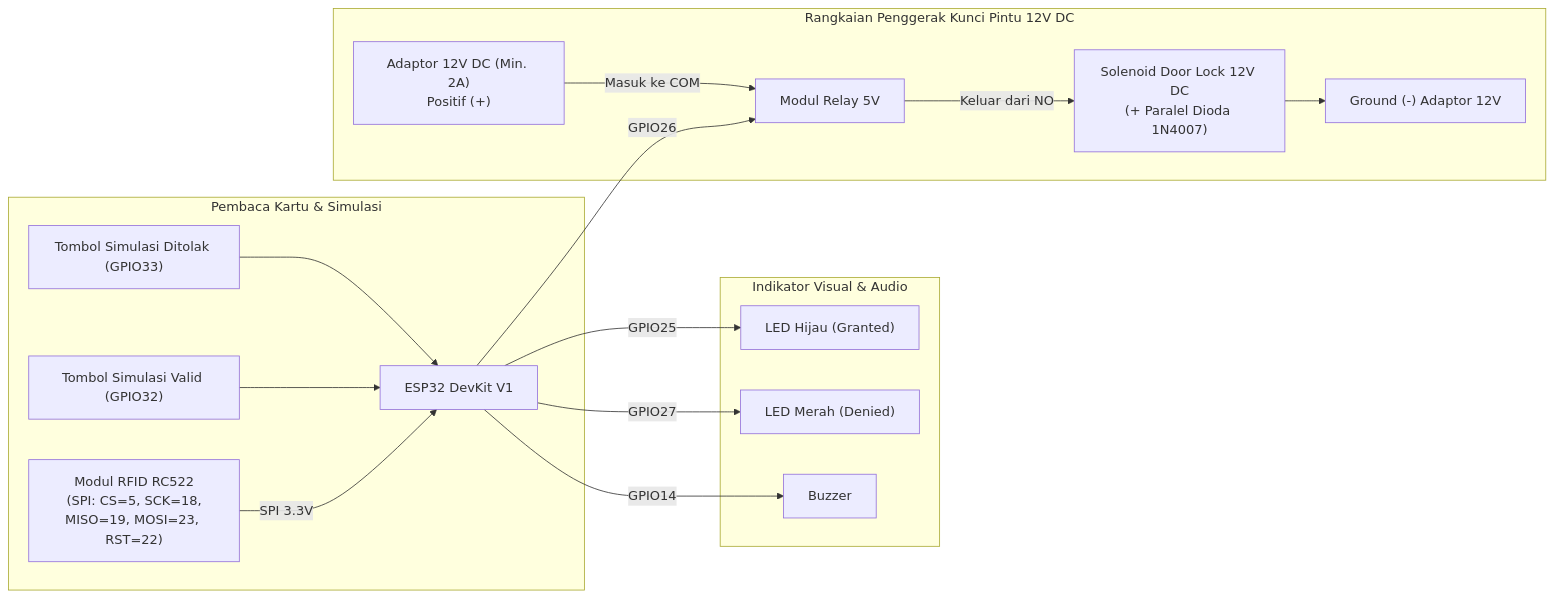
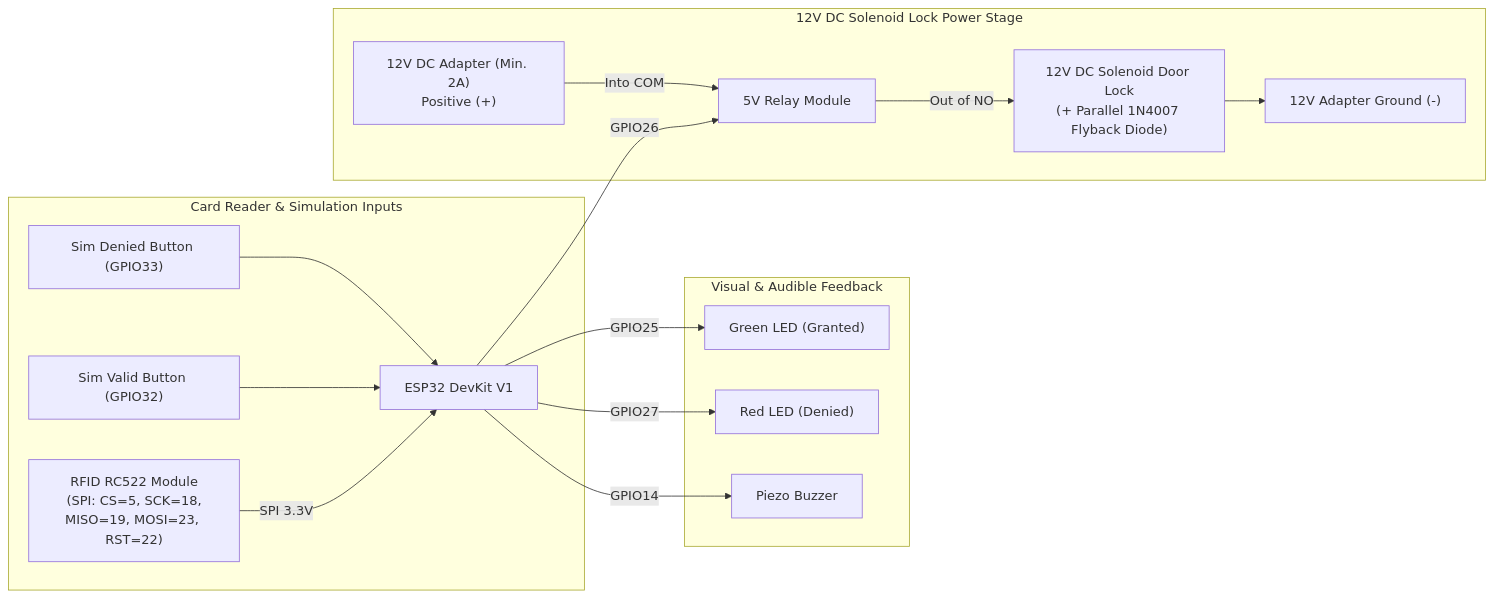
The diagram in 06-rfid-smart-door-lock/schematics/wiring-guide.md (kenzojulian111/microcontroller-iot-journey), drawn with Mermaid before and after one commit. The commit also changed other lines of this file and 150 other files, not shown here.

````diff
--- a/06-rfid-smart-door-lock/schematics/wiring-guide.md
+++ b/06-rfid-smart-door-lock/schematics/wiring-guide.md
@@ -32,21 +32,21 @@
 ```mermaid
 flowchart LR
-    subgraph Input["Pembaca Kartu & Simulasi"]
-        RC522["Modul RFID RC522\n(SPI: CS=5, SCK=18,\nMISO=19, MOSI=23, RST=22)"] -->|SPI 3.3V| ESP["ESP32 DevKit V1"]
-        BTN_OK["Tombol Simulasi Valid (GPIO32)"] --> ESP
-        BTN_NO["Tombol Simulasi Ditolak (GPIO33)"] --> ESP
+    subgraph Input["Card Reader & Simulation Inputs"]
+        RC522["RFID RC522 Module\n(SPI: CS=5, SCK=18,\nMISO=19, MOSI=23, RST=22)"] -->|SPI 3.3V| ESP["ESP32 DevKit V1"]
+        BTN_OK["Sim Valid Button (GPIO32)"] --> ESP
+        BTN_NO["Sim Denied Button (GPIO33)"] --> ESP
     end
 
-    subgraph Feedback["Indikator Visual & Audio"]
-        ESP -->|GPIO25| LED_G["LED Hijau (Granted)"]
-        ESP -->|GPIO27| LED_R["LED Merah (Denied)"]
-        ESP -->|GPIO14| BUZ["Buzzer"]
+    subgraph Feedback["Visual & Audible Feedback"]
+        ESP -->|GPIO25| LED_G["Green LED (Granted)"]
+        ESP -->|GPIO27| LED_R["Red LED (Denied)"]
+        ESP -->|GPIO14| BUZ["Piezo Buzzer"]
     end
 
-    subgraph LockCircuit["Rangkaian Penggerak Kunci Pintu 12V DC"]
-        ESP -->|GPIO26| RLY["Modul Relay 5V"]
-        PSU12["Adaptor 12V DC (Min. 2A)\nPositif (+)"] -->|Masuk ke COM| RLY
-        RLY -->|Keluar dari NO| SOL["Solenoid Door Lock 12V DC\n(+ Paralel Dioda 1N4007)"]
-        SOL --> PSU_GND["Ground (-) Adaptor 12V"]
+    subgraph LockCircuit["12V DC Solenoid Lock Power Stage"]
+        ESP -->|GPIO26| RLY["5V Relay Module"]
+        PSU12["12V DC Adapter (Min. 2A)\nPositive (+)"] -->|Into COM| RLY
+        RLY -->|Out of NO| SOL["12V DC Solenoid Door Lock\n(+ Parallel 1N4007 Flyback Diode)"]
+        SOL --> PSU_GND["12V Adapter Ground (-)"]
     end
 ```
````
